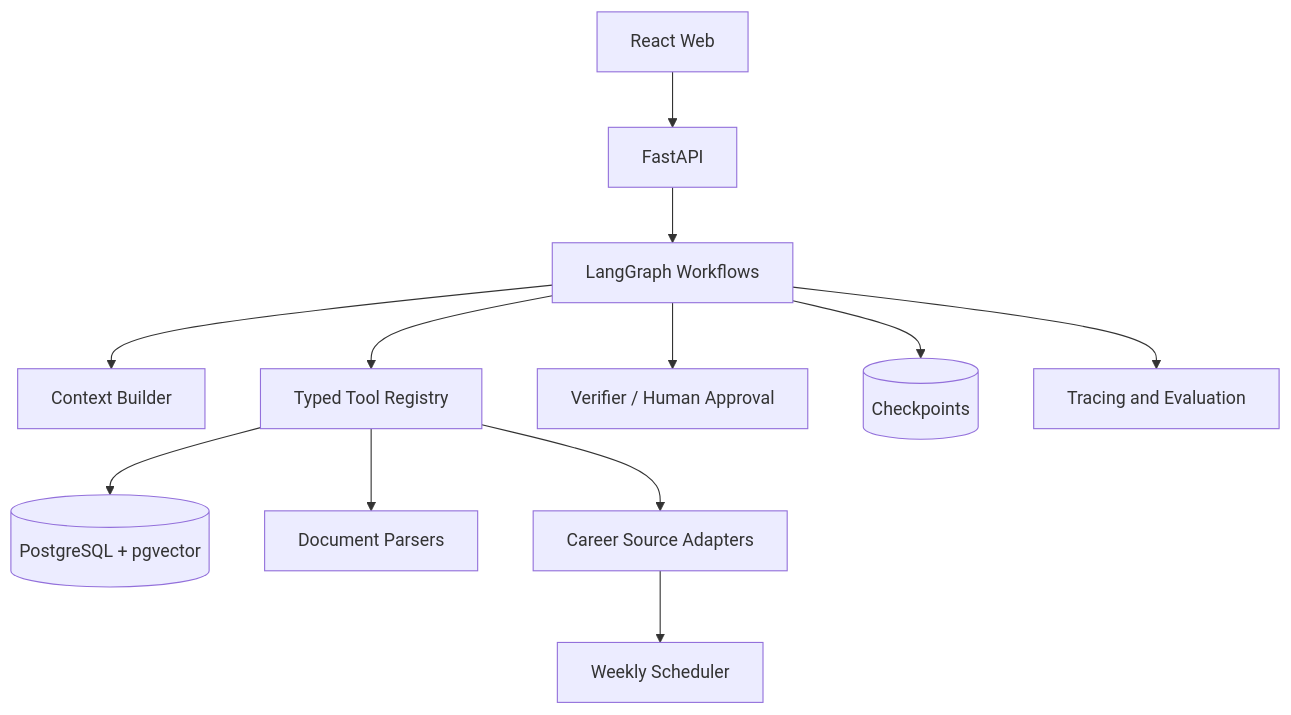
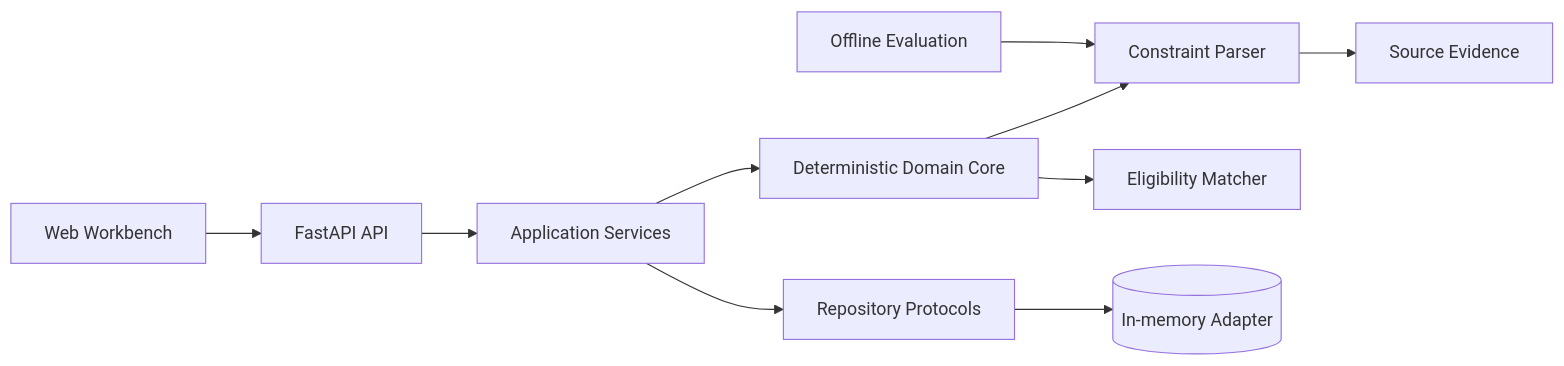
One commit to eulermonica6-hub/Lina_Agent changed the diagram in README.md. Above: the diagram before and after it, drawn with Mermaid. The commit also changed other lines of this file and 4 other files, not shown here.

````diff
--- a/README.md
+++ b/README.md
@@ -121,14 +39,12 @@
 ```mermaid
-flowchart TB
-    UI[React Web] --> API[FastAPI]
-    API --> WF[LangGraph Workflows]
-    WF --> CB[Context Builder]
-    WF --> TR[Typed Tool Registry]
-    WF --> VR[Verifier / Human Approval]
-    TR --> PG[(PostgreSQL + pgvector)]
-    TR --> DOC[Document Parsers]
-    TR --> SOURCES[Career Source Adapters]
-    SOURCES --> SCHEDULER[Weekly Scheduler]
-    WF --> CP[(Checkpoints)]
-    WF --> OBS[Tracing and Evaluation]
+flowchart LR
+    UI[Web Workbench] --> API[FastAPI API]
+    API --> APP[Application Services]
+    APP --> REPO[Repository Protocols]
+    APP --> DOMAIN[Deterministic Domain Core]
+    DOMAIN --> PARSER[Constraint Parser]
+    DOMAIN --> MATCHER[Eligibility Matcher]
+    PARSER --> EVIDENCE[Source Evidence]
+    EVAL[Offline Evaluation] --> PARSER
+    REPO --> MEMORY[(In-memory Adapter)]
 ```
````
